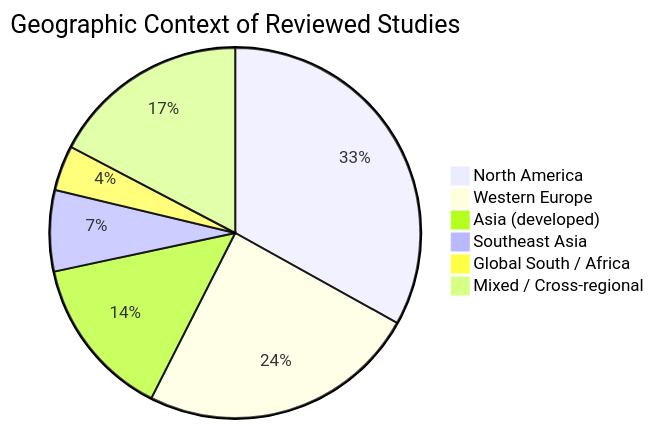
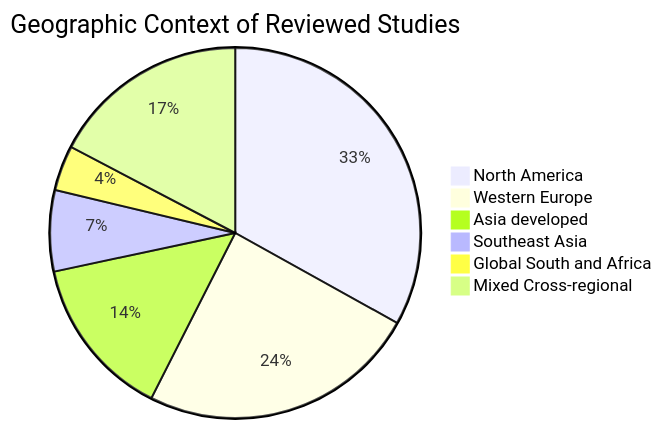
Before and after one commit to companydevs/skill-link-gh: the fourth of 31 diagrams in README.md, drawn with Mermaid. The commit also changed other lines of this file, not shown here.

Commit message:
docs: fix remaining Mermaid render errors on GitHub

````diff
--- a/README.md
+++ b/README.md
@@ -103,9 +103,9 @@
 ```mermaid
 pie title Geographic Context of Reviewed Studies
     "North America" : 42
     "Western Europe" : 31
-    "Asia (developed)" : 18
+    "Asia developed" : 18
     "Southeast Asia" : 9
-    "Global South / Africa" : 5
-    "Mixed / Cross-regional" : 22
+    "Global South and Africa" : 5
+    "Mixed Cross-regional" : 22
 ```
````
